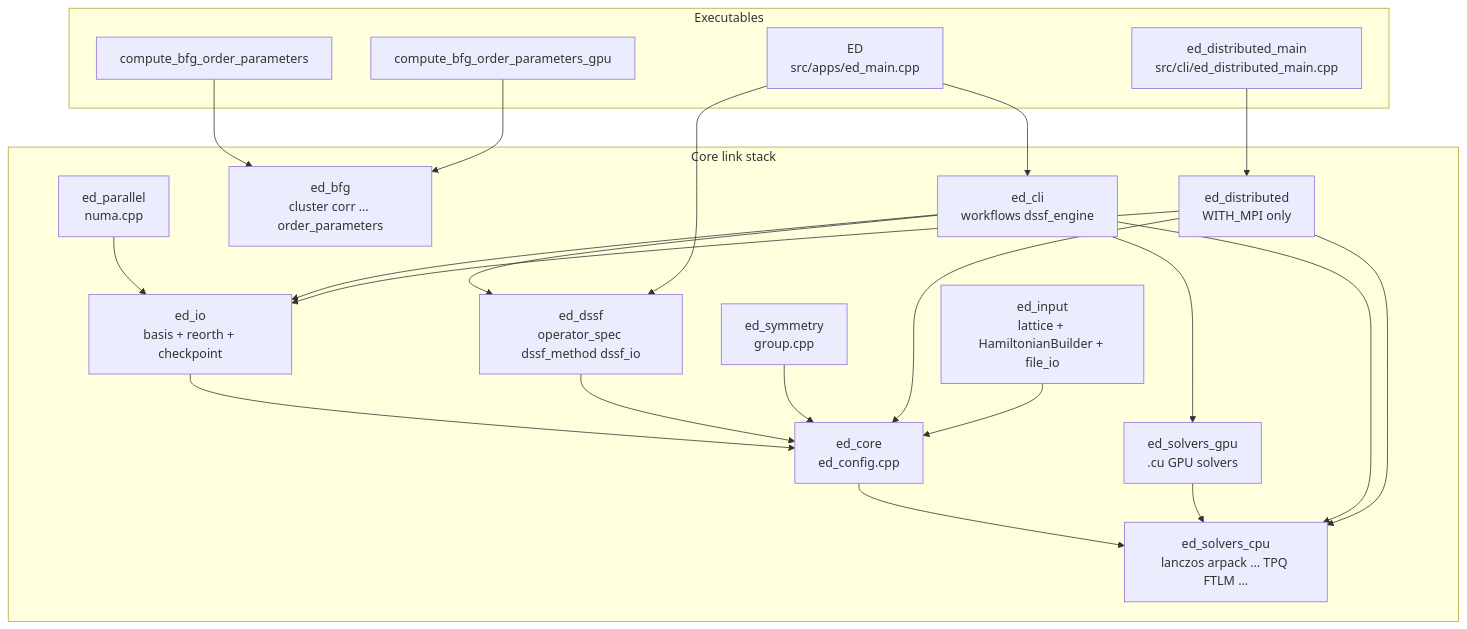
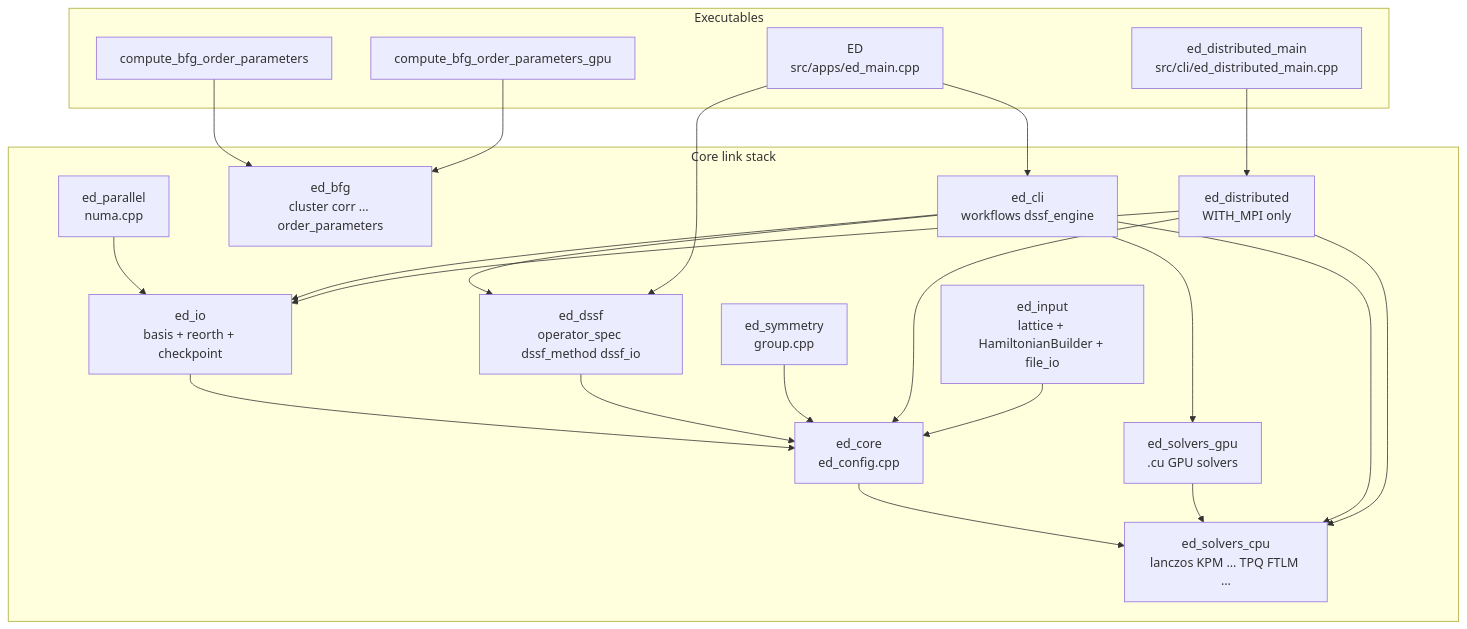
One commit to ze-bang/QED changed the first of 3 diagrams in docs/architecture/CODEMAP.md. Above: the diagram before and after it, drawn with Mermaid. The commit also changed other lines of this file, not shown here.

Commit message:
Prune retired solvers and update file snapshot maps in CODEMAP.md

````diff
--- a/docs/architecture/CODEMAP.md
+++ b/docs/architecture/CODEMAP.md
@@ -32,42 +31,42 @@
 ```mermaid
 flowchart TB
   subgraph exe [Executables]
     ED["ED<br/>src/apps/ed_main.cpp"]
     EDM["ed_distributed_main<br/>src/cli/ed_distributed_main.cpp"]
     BFG["compute_bfg_order_parameters"]
     BFGG["compute_bfg_order_parameters_gpu"]
   end
 
   subgraph corestack [Core link stack]
     ep["ed_parallel<br/>numa.cpp"]
     eio["ed_io<br/>basis + reorth + checkpoint"]
     ec["ed_core<br/>ed_config.cpp"]
-    esc["ed_solvers_cpu<br/>lanczos arpack … TPQ FTLM …"]
+    esc["ed_solvers_cpu<br/>lanczos KPM … TPQ FTLM …"]
     esg["ed_solvers_gpu<br/>.cu GPU solvers"]
     edssf["ed_dssf<br/>operator_spec dssf_method dssf_io"]
     esym["ed_symmetry<br/>group.cpp"]
     ebfg["ed_bfg<br/>cluster corr … order_parameters"]
     ecli["ed_cli<br/>workflows dssf_engine"]
     edist["ed_distributed<br/>WITH_MPI only"]
     einp["ed_input<br/>lattice + HamiltonianBuilder + file_io"]
   end
 
   ep --> eio --> ec --> esc
   esg --> esc
   edssf --> ec
   esym --> ec
   ecli --> esc
   ecli --> edssf
   ecli --> eio
   ecli --> esg
   edist --> esc
   edist --> eio
   edist --> ec
   einp --> ec
 
   ED --> ecli
   ED --> edssf
   EDM --> edist
   BFG --> ebfg
   BFGG --> ebfg
 ```
````
